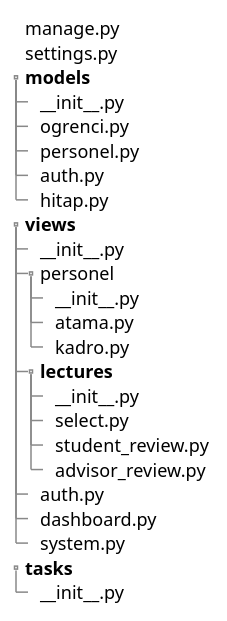
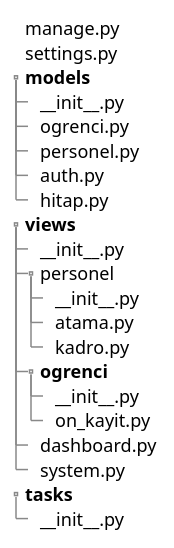
Before and after one commit to zetaops/ulakbus.org: the diagram in source/ulakbusu-gelistirmek.rst, drawn with PlantUML. The commit also changed other lines of this file and 2 other files, not shown here.

```diff
--- a/source/ulakbusu-gelistirmek.rst
+++ b/source/ulakbusu-gelistirmek.rst
@@ -34,34 +33,31 @@
 .. uml::
 
     @startsalt
 
     {
     {T
     +manage.py
     +settings.py
     +**models**
     ++~__init__.py
     ++ogrenci.py
     ++personel.py
     ++auth.py
     ++hitap.py
     +**views**
     ++~__init__.py
     ++personel
     +++~__init__.py
     +++atama.py
     +++kadro.py
-    ++**lectures**
+    ++**ogrenci**
     +++~__init__.py
-    +++select.py
-    +++student_review.py
-    +++advisor_review.py
-    ++auth.py
+    +++on_kayit.py
     ++dashboard.py
     ++system.py
     +**tasks**
     ++~__init__.py
     }
     }
 
     @endsalt
```
